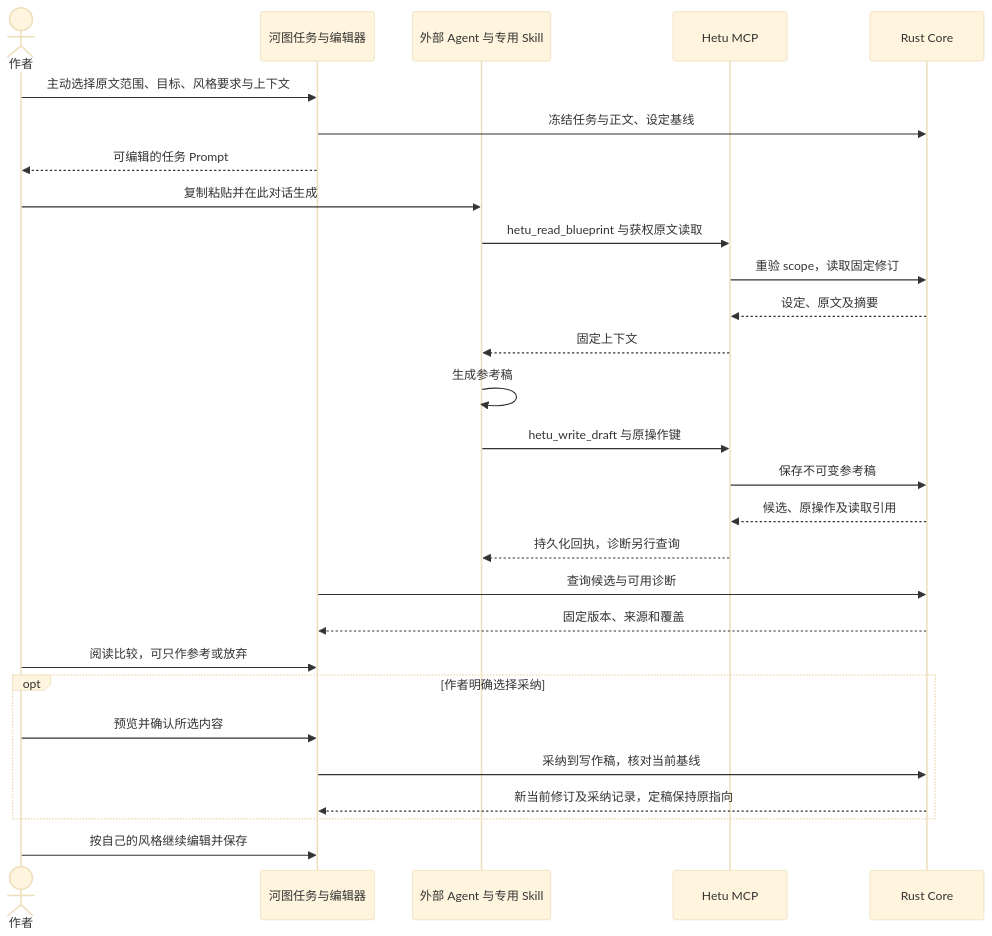
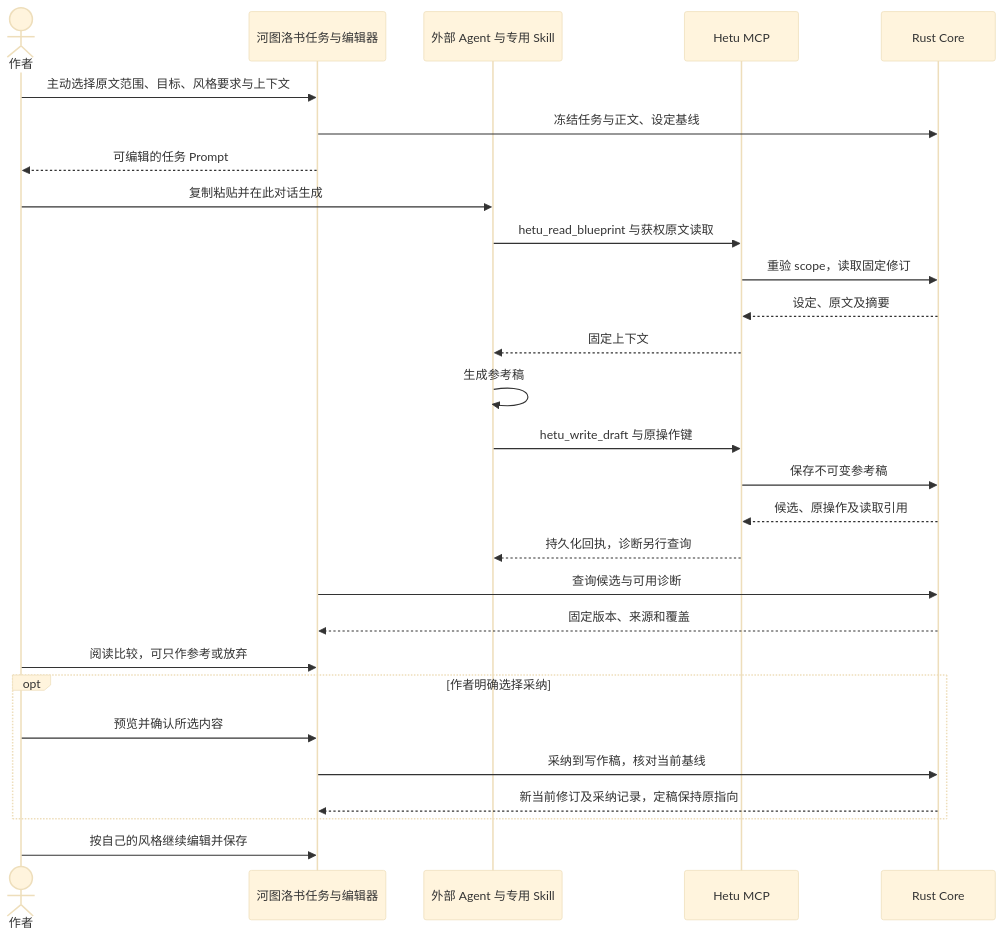
Before and after one commit to limecloud/hetu: the seventh of 35 diagrams in docs/23-业务流程与MCP时序.md, drawn with Mermaid (base theme). The commit also changed other lines of this file and 156 other files, not shown here.

````diff
--- a/docs/23-业务流程与MCP时序.md
+++ b/docs/23-业务流程与MCP时序.md
@@ -179,30 +180,30 @@
 ```mermaid
 sequenceDiagram
     actor author as 作者
-    participant desktop as 河图任务与编辑器
+    participant desktop as 河图洛书任务与编辑器
     participant host as 外部 Agent 与专用 Skill
     participant server as Hetu MCP
     participant core as Rust Core
     author->>desktop: 主动选择原文范围、目标、风格要求与上下文
     desktop->>core: 冻结任务与正文、设定基线
     desktop-->>author: 可编辑的任务 Prompt
     author->>host: 复制粘贴并在此对话生成
     host->>server: hetu_read_blueprint 与获权原文读取
     server->>core: 重验 scope，读取固定修订
     core-->>server: 设定、原文及摘要
     server-->>host: 固定上下文
     host->>host: 生成参考稿
     host->>server: hetu_write_draft 与原操作键
     server->>core: 保存不可变参考稿
     core-->>server: 候选、原操作及读取引用
     server-->>host: 持久化回执，诊断另行查询
     desktop->>core: 查询候选与可用诊断
     core-->>desktop: 固定版本、来源和覆盖
     author->>desktop: 阅读比较，可只作参考或放弃
     opt 作者明确选择采纳
         author->>desktop: 预览并确认所选内容
         desktop->>core: 采纳到写作稿，核对当前基线
         core-->>desktop: 新当前修订及采纳记录，定稿保持原指向
     end
     author->>desktop: 按自己的风格继续编辑并保存
 ```
````
